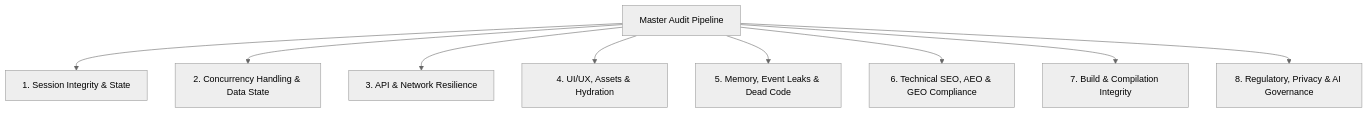
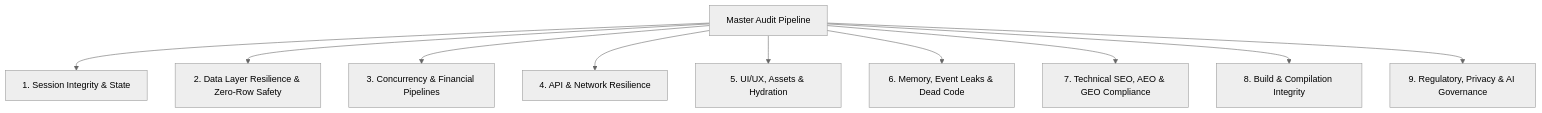
One commit to Kryptopacy/pacy-codebase-auditor changed the diagram in SKILL.md. Above: the diagram before and after it, drawn with Mermaid (neutral theme). The commit also changed other lines of this file and 1 other file, not shown here.

Commit message:
fix(auditor): enforce universal zero-row query safety (.maybeSingle) and prevent premature audit exits

````diff
--- a/SKILL.md
+++ b/SKILL.md
@@ -78,11 +77,12 @@
 ```mermaid
 graph TD
     A[Master Audit Pipeline] --> B[1. Session Integrity & State]
-    A --> C[2. Concurrency Handling & Data State]
-    A --> D[3. API & Network Resilience]
-    A --> E[4. UI/UX, Assets & Hydration]
-    A --> F[5. Memory, Event Leaks & Dead Code]
-    A --> G[6. Technical SEO, AEO & GEO Compliance]
-    A --> H[7. Build & Compilation Integrity]
-    A --> I[8. Regulatory, Privacy & AI Governance]
+    A --> C[2. Data Layer Resilience & Zero-Row Safety]
+    A --> D[3. Concurrency & Financial Pipelines]
+    A --> E[4. API & Network Resilience]
+    A --> F[5. UI/UX, Assets & Hydration]
+    A --> G[6. Memory, Event Leaks & Dead Code]
+    A --> H[7. Technical SEO, AEO & GEO Compliance]
+    A --> I[8. Build & Compilation Integrity]
+    A --> J[9. Regulatory, Privacy & AI Governance]
 ```
````
